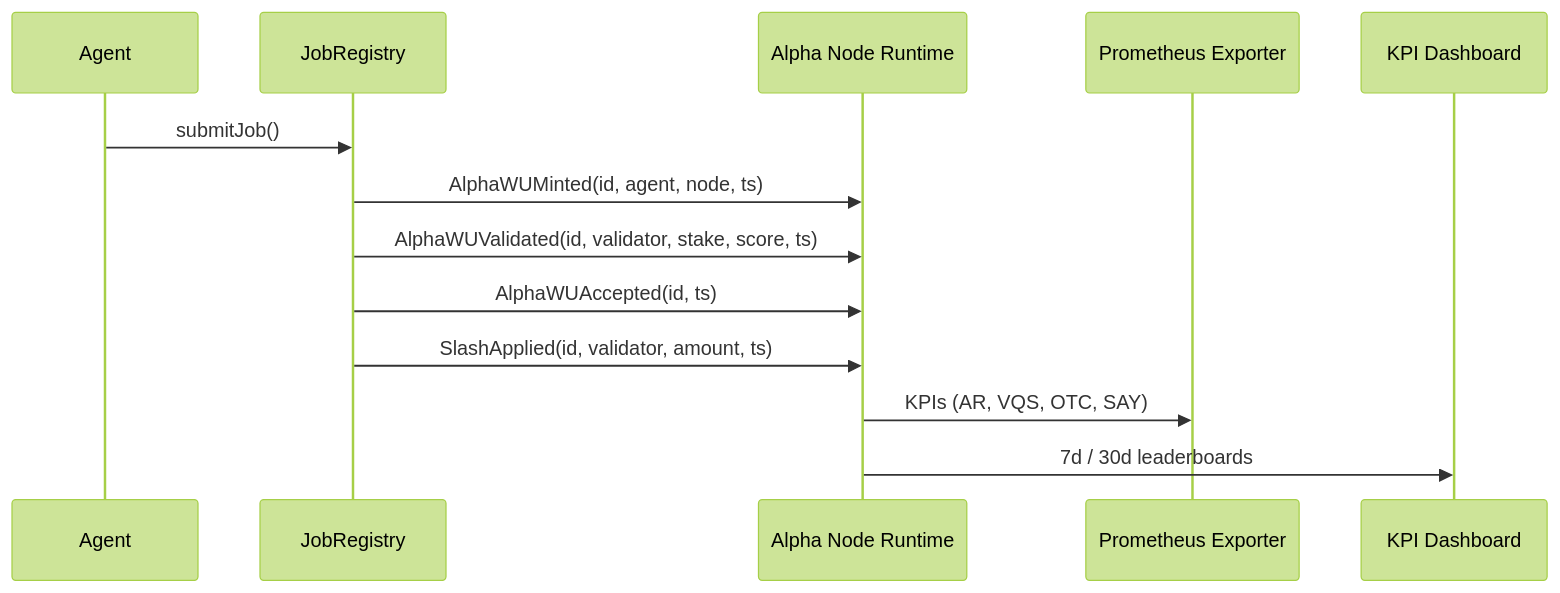
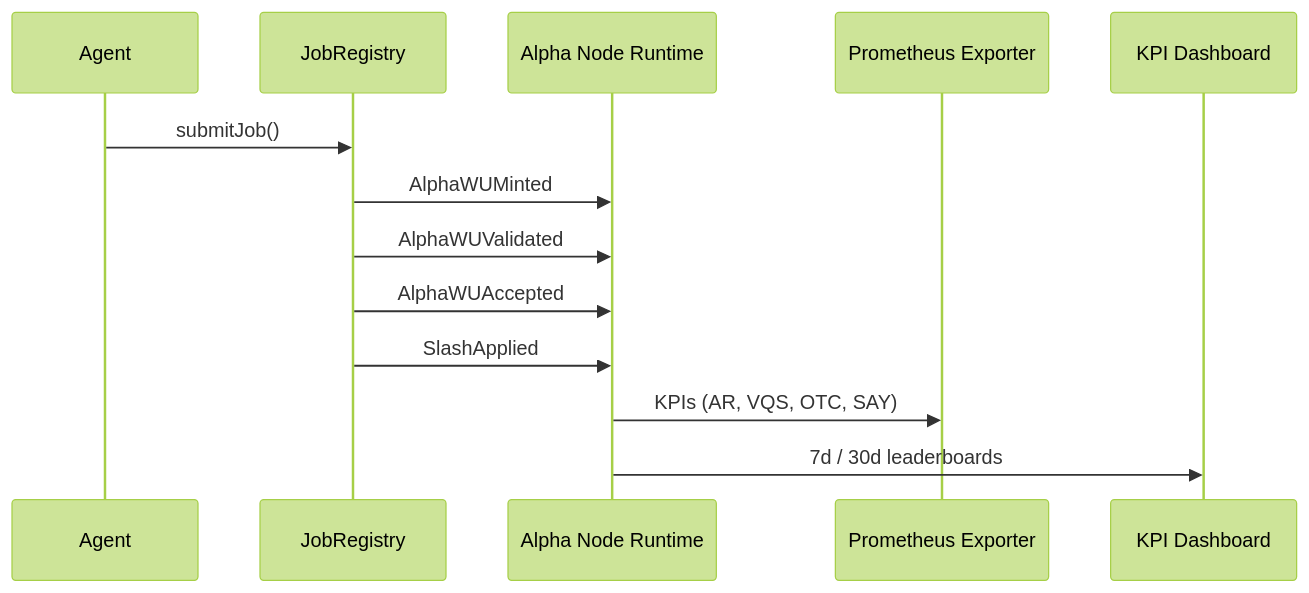
Before and after one commit to MontrealAI/AGI-Alpha-Node-v0: the third of 5 diagrams in README.md, drawn with Mermaid (forest theme). The commit also changed other lines of this file, not shown here.

Commit message:
revamp readme architecture

````diff
--- a/README.md
+++ b/README.md
@@ -99,16 +127,16 @@
 ```mermaid
 sequenceDiagram
   participant Agent as Agent
   participant Registry as JobRegistry
   participant Node as Alpha Node Runtime
   participant Telemetry as Prometheus Exporter
   participant Dashboard as KPI Dashboard
 
   Agent->>Registry: submitJob()
-  Registry->>Node: AlphaWUMinted(id, agent, node, ts)
-  Registry->>Node: AlphaWUValidated(id, validator, stake, score, ts)
-  Registry->>Node: AlphaWUAccepted(id, ts)
-  Registry->>Node: SlashApplied(id, validator, amount, ts)
+  Registry->>Node: AlphaWUMinted
+  Registry->>Node: AlphaWUValidated
+  Registry->>Node: AlphaWUAccepted
+  Registry->>Node: SlashApplied
   Node->>Telemetry: KPIs (AR, VQS, OTC, SAY)
   Node->>Dashboard: 7d / 30d leaderboards
 ```
````
